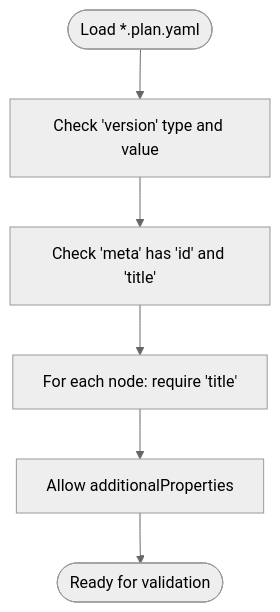
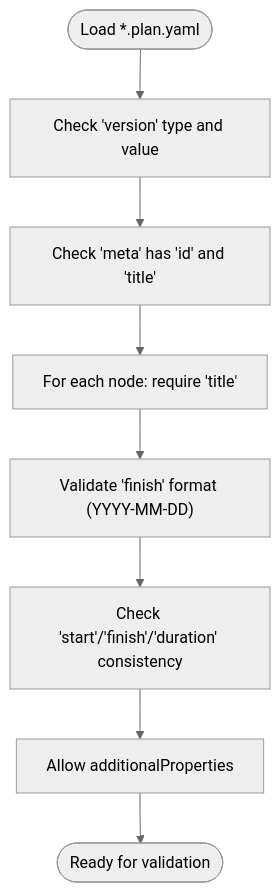
One commit to asukhodko/opskarta changed the third of 5 diagrams in .qoder/repowiki/en/content/Specification Reference/File Formats/File Formats.md. Above: the diagram before and after it, drawn with Mermaid (neutral theme). The commit also changed other lines of this file and 7 other files, not shown here.

````diff
--- a/.qoder/repowiki/en/content/Specification Reference/File Formats/File Formats.md
+++ b/.qoder/repowiki/en/content/Specification Reference/File Formats/File Formats.md
@@ -166,8 +178,10 @@
 ```mermaid
 flowchart TD
 Start(["Load *.plan.yaml"]) --> CheckVersion["Check 'version' type and value"]
 CheckVersion --> CheckMeta["Check 'meta' has 'id' and 'title'"]
 CheckMeta --> CheckNodes["For each node: require 'title'"]
-CheckNodes --> OptionalFields["Allow additionalProperties"]
+CheckNodes --> ValidateFinish["Validate 'finish' format (YYYY-MM-DD)"]
+ValidateFinish --> CheckConsistency["Check 'start'/'finish'/'duration' consistency"]
+CheckConsistency --> OptionalFields["Allow additionalProperties"]
 OptionalFields --> Done(["Ready for validation"])
 ```
````
